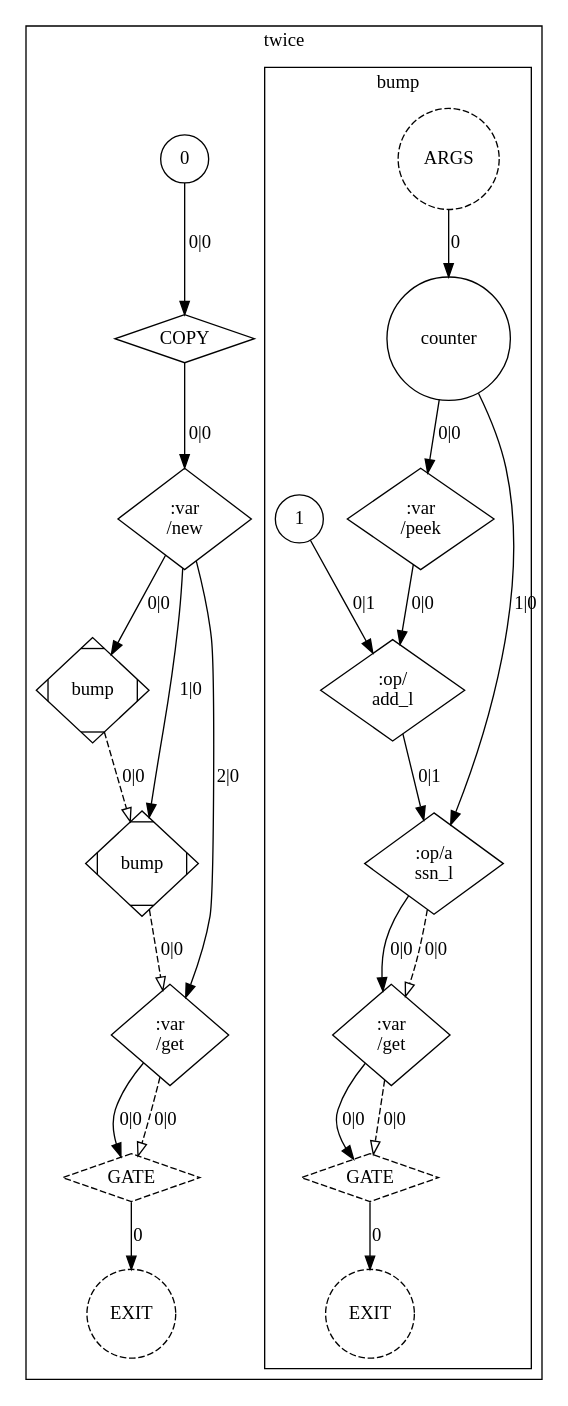
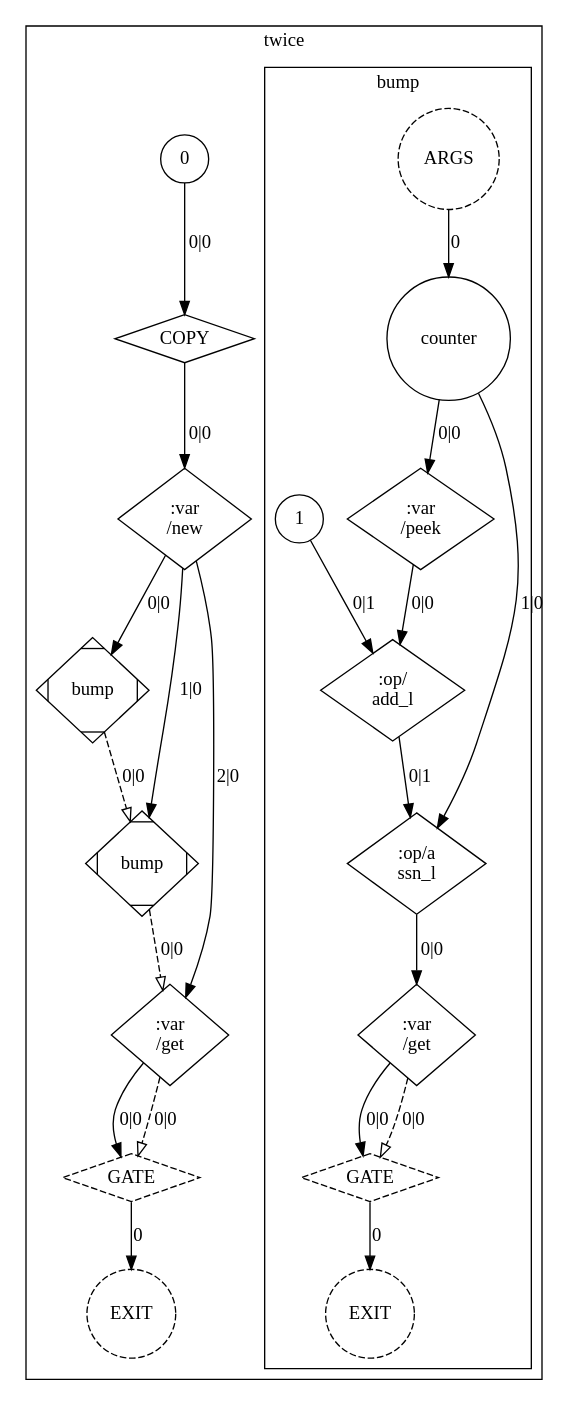
One commit to OpenCML/Camel changed the diagram in docs/tutorial/images/10_var_order.dot. Above: the diagram before and after it, drawn with Graphviz. The commit also changed 4 other files, not shown here.

```diff
--- a/docs/tutorial/images/10_var_order.dot
+++ b/docs/tutorial/images/10_var_order.dot
@@ -1,48 +1,47 @@
 digraph GraphIR {
         subgraph cluster_F02 {
             label="twice";
             tooltip="() => int";
             subgraph cluster_F03 {
                 label="bump";
                 tooltip="(var counter: int) => int";
                 F03 [label="ARGS", type="ARGS", style=dashed, shape=circle];
                 O03 [label="EXIT", type="EXIT", style=dashed, shape=circle];
                 N00 [label="counter", type="PORT", param_name="counter", param_kind="normal", param_index="0", value_type="var int", shape=circle, style=solid, tooltip="counter"];
                 N01 [label="1", type="DATA", shape=circle, style=solid, value_type="int", tooltip="1"];
                 N02 [label=":var\n/peek", type="OPER", shape=diamond, style=solid, value_type="int", tooltip=":var/peek"];
                 N03 [label=":op/\nadd_l", type="OPER", shape=diamond, style=solid, value_type="int", tooltip=":op/add_l"];
                 N04 [label=":op/a\nssn_l", type="OPER", shape=diamond, style=solid, value_type="var int", tooltip=":op/assn_l"];
                 N05 [label=":var\n/get", type="OPER", shape=diamond, style=solid, value_type="int", tooltip=":var/get"];
                 N06 [label="GATE", type="GATE", shape=diamond, style=dashed, value_type="int", tooltip="GATE"];
                 F03 -> N00 [label="0", type="NORM_PORT", style=solid];
                 N06 -> O03 [label="0", type="EXIT", style=solid];
                 N00 -> N02 [label="0|0", type="NORM"];
                 N02 -> N03 [label="0|0", type="NORM"];
                 N01 -> N03 [label="0|1", type="NORM"];
                 N00 -> N04 [label="1|0", type="NORM"];
                 N03 -> N04 [label="0|1", type="NORM"];
                 N04 -> N05 [label="0|0", type="NORM"];
-                N04 -> N05 [label="0|0", type="CTRL", style=dashed, arrowhead=empty];
                 N05 -> N06 [label="0|0", type="NORM"];
                 N05 -> N06 [label="0|0", type="CTRL", style=dashed, arrowhead=empty];
             }
             O02 [label="EXIT", type="EXIT", style=dashed, shape=circle];
             N07 [label="0", type="DATA", shape=circle, style=solid, value_type="int", tooltip="0"];
             N08 [label="COPY", type="COPY", shape=diamond, style=solid, value_type="int", tooltip="COPY"];
             N09 [label=":var\n/new", type="OPER", shape=diamond, style=solid, value_type="var int", tooltip=":var/new"];
             N0A [label="bump", type="FUNC", shape=Mdiamond, style=solid, width=1.1, height=1.1, value_type="int", tooltip="bump"];
             N0B [label="bump", type="FUNC", shape=Mdiamond, style=solid, width=1.1, height=1.1, value_type="int", tooltip="bump"];
             N0C [label=":var\n/get", type="OPER", shape=diamond, style=solid, value_type="int", tooltip=":var/get"];
             N0D [label="GATE", type="GATE", shape=diamond, style=dashed, value_type="int", tooltip="GATE"];
             N0D -> O02 [label="0", type="EXIT", style=solid];
             N07 -> N08 [label="0|0", type="NORM"];
             N08 -> N09 [label="0|0", type="NORM"];
             N09 -> N0A [label="0|0", type="NORM"];
             N09 -> N0B [label="1|0", type="NORM"];
             N0A -> N0B [label="0|0", type="CTRL", style=dashed, arrowhead=empty];
             N09 -> N0C [label="2|0", type="NORM"];
             N0B -> N0C [label="0|0", type="CTRL", style=dashed, arrowhead=empty];
             N0C -> N0D [label="0|0", type="NORM"];
             N0C -> N0D [label="0|0", type="CTRL", style=dashed, arrowhead=empty];
         }
 }
```
